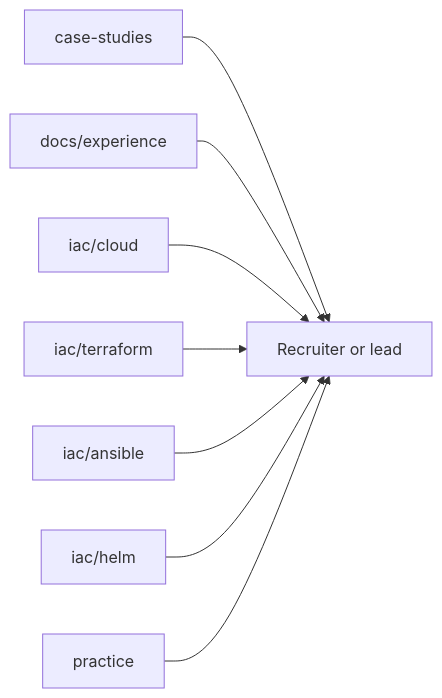
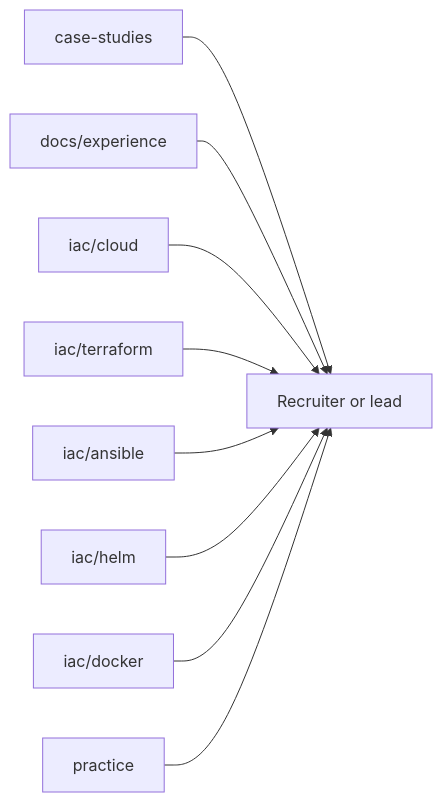
One commit to NarberallGamma/narberall-platform-engineer-lab changed the fourth of 4 diagrams in README.md. Above: the diagram before and after it, drawn with Mermaid. The commit also changed other lines of this file and 418 other files, not shown here.

````diff
--- a/README.md
+++ b/README.md
@@ -341,10 +349,11 @@
 ```mermaid
 flowchart LR
   CS[case-studies] --> Hire[Recruiter or lead]
   EXP[docs/experience] --> Hire
   Cloud[iac/cloud] --> Hire
   TF[iac/terraform] --> Hire
   ANS[iac/ansible] --> Hire
   Helm[iac/helm] --> Hire
+  Dock[iac/docker] --> Hire
   PRAC[practice] --> Hire
 ```
````
